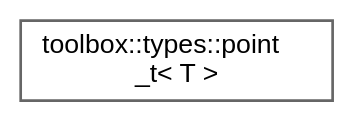
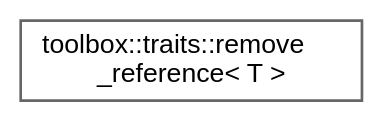
Before and after one commit to nerdneilsfield/cpp-toolbox: the diagram in inherit_graph_60.dot, drawn with Graphviz. The commit also changed 225 other files, not shown here.

```diff
--- a/inherit_graph_60.dot
+++ b/inherit_graph_60.dot
@@ -1,9 +1,9 @@
 digraph "Graphical Class Hierarchy"
 {
  // LATEX_PDF_SIZE
   bgcolor="transparent";
   edge [fontname=Helvetica,fontsize=10,labelfontname=Helvetica,labelfontsize=10];
   node [fontname=Helvetica,fontsize=10,shape=box,height=0.2,width=0.4];
   rankdir="LR";
-  Node0 [id="Node000000",label="toolbox::types::point\l_t\< T \>",height=0.2,width=0.4,color="grey40", fillcolor="white", style="filled",URL="$structtoolbox_1_1types_1_1point__t.html",tooltip="3D点/向量模板类 / A 3D point/vector template class"];
+  Node0 [id="Node000000",label="toolbox::traits::remove\l_reference\< T \>",height=0.2,width=0.4,color="grey40", fillcolor="white", style="filled",URL="$structtoolbox_1_1traits_1_1remove__reference.html",tooltip="移除类型的引用/Remove reference from type"];
 }
```
